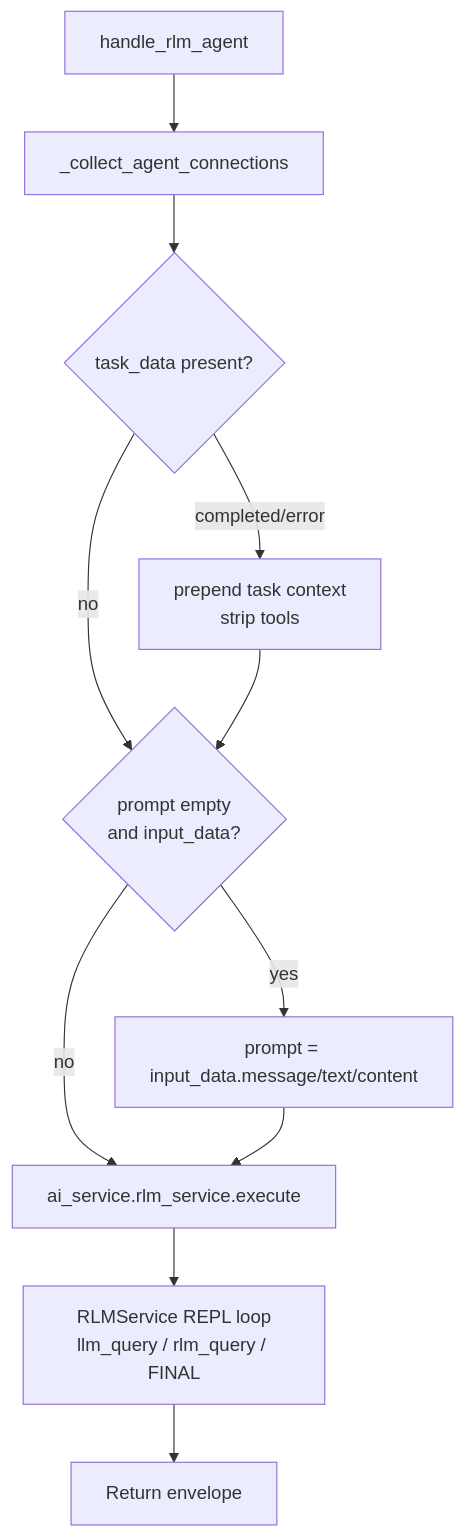
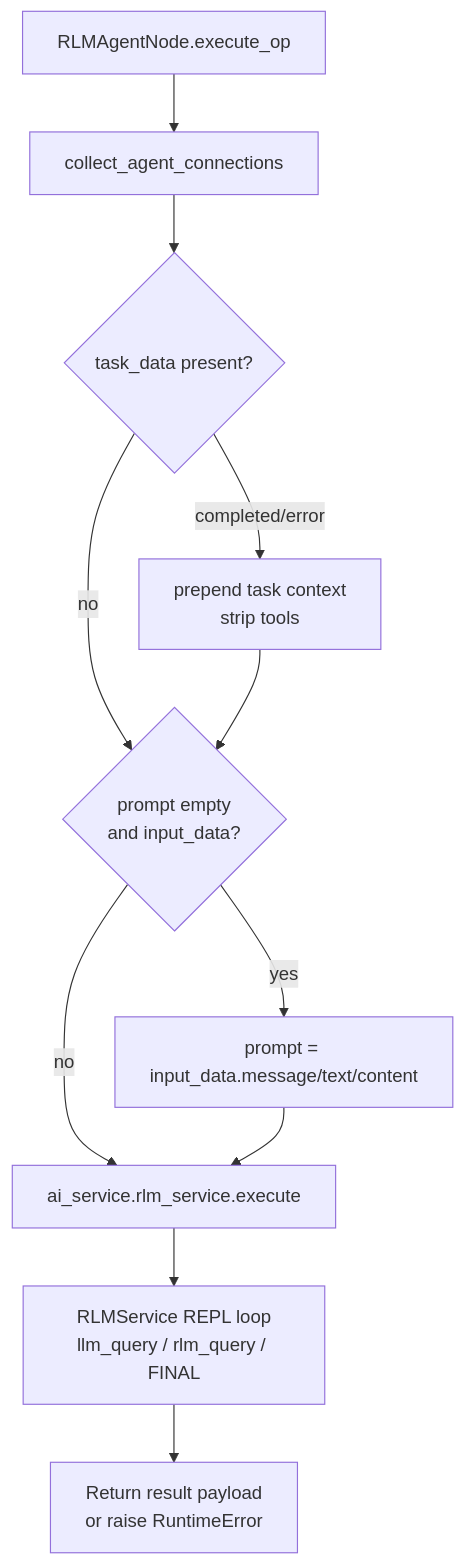
Before and after one commit to zeenie-ai/OpenCompany: the diagram in docs-internal/node-logic-flows/specialized_agents/rlmAgent.md, drawn with Mermaid. The commit also changed other lines of this file and 132 other files, not shown here.

````diff
--- a/docs-internal/node-logic-flows/specialized_agents/rlmAgent.md
+++ b/docs-internal/node-logic-flows/specialized_agents/rlmAgent.md
@@ -40,13 +51,13 @@
 ```mermaid
 flowchart TD
-  A[handle_rlm_agent] --> B[_collect_agent_connections]
+  A[RLMAgentNode.execute_op] --> B[collect_agent_connections]
   B --> C{task_data present?}
   C -- completed/error --> D[prepend task context<br/>strip tools]
   C -- no --> E{prompt empty<br/>and input_data?}
   D --> E
   E -- yes --> F[prompt = input_data.message/text/content]
   E -- no --> G[ai_service.rlm_service.execute]
   F --> G
   G --> H[RLMService REPL loop<br/>llm_query / rlm_query / FINAL]
-  H --> I[Return envelope]
+  H --> I[Return result payload<br/>or raise RuntimeError]
 ```
````
